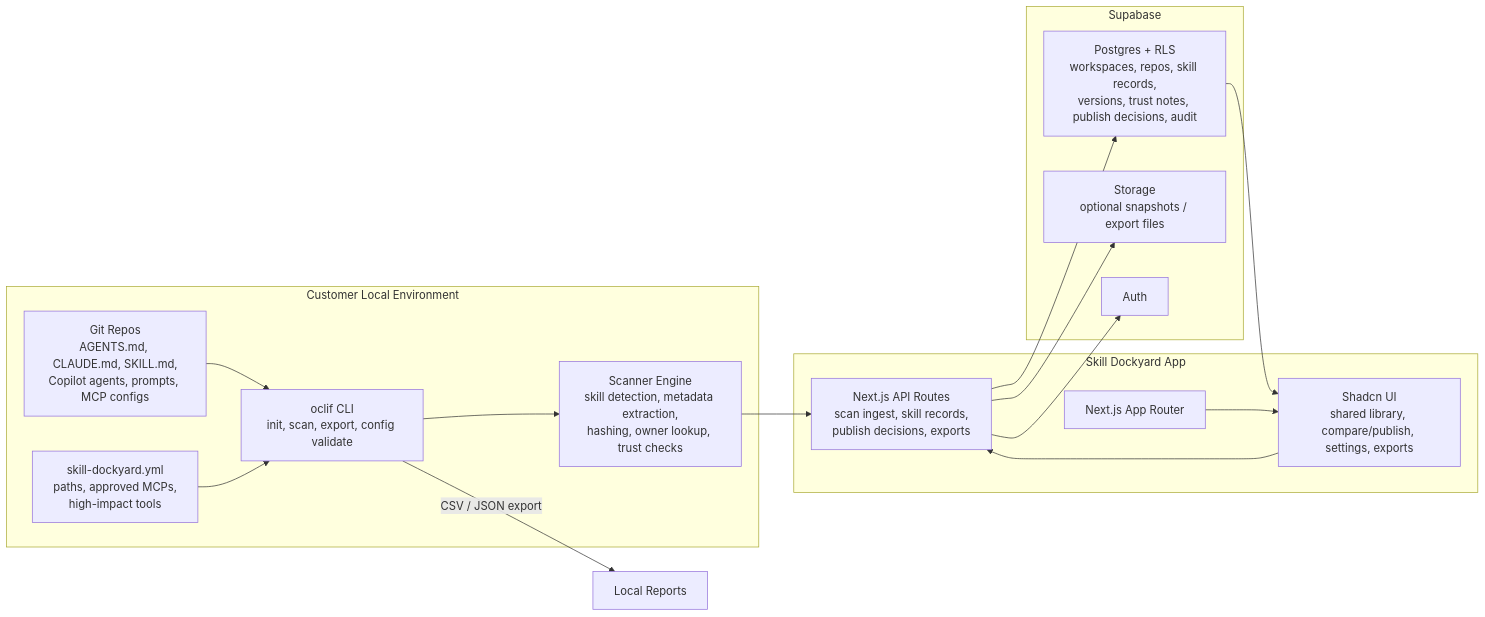
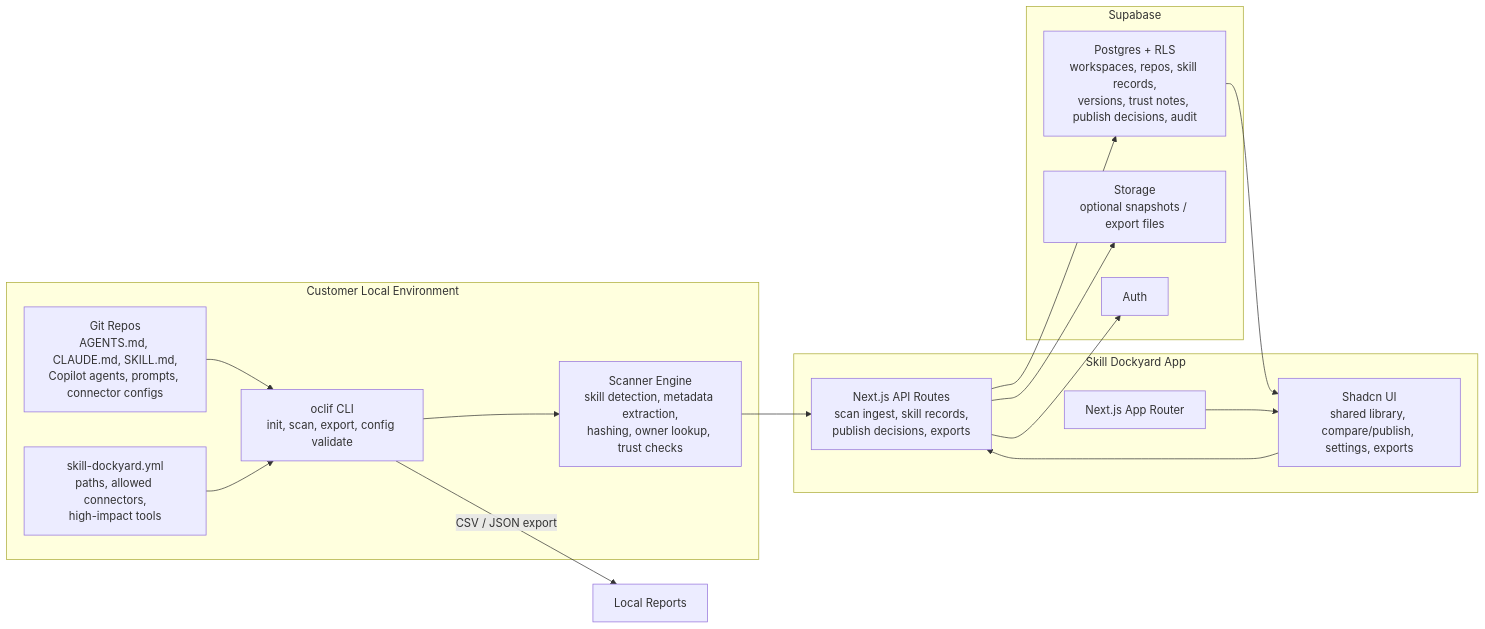
One commit to weber-stephen/SkillDockyard changed the diagram in README.md. Above: the diagram before and after it, drawn with Mermaid. The commit also changed other lines of this file and 120 other files, not shown here.

````diff
--- a/README.md
+++ b/README.md
@@ -163,33 +177,33 @@
 ```mermaid
 flowchart LR
   subgraph Local["Customer Local Environment"]
-    Repos["Git Repos<br/>AGENTS.md, CLAUDE.md, SKILL.md,<br/>Copilot agents, prompts, MCP configs"]
-    Config["skill-dockyard.yml<br/>paths, approved MCPs,<br/>high-impact tools"]
+    Repos["Git Repos<br/>AGENTS.md, CLAUDE.md, SKILL.md,<br/>Copilot agents, prompts, connector configs"]
+    Config["skill-dockyard.yml<br/>paths, allowed connectors,<br/>high-impact tools"]
     CLI["oclif CLI<br/>init, scan, export, config validate"]
     Scanner["Scanner Engine<br/>skill detection, metadata extraction,<br/>hashing, owner lookup, trust checks"]
   end
 
   subgraph App["Skill Dockyard App"]
     Next["Next.js App Router"]
     UI["Shadcn UI<br/>shared library, compare/publish, settings, exports"]
     API["Next.js API Routes<br/>scan ingest, skill records,<br/>publish decisions, exports"]
   end
 
   subgraph Supabase["Supabase"]
     Auth["Auth"]
     DB["Postgres + RLS<br/>workspaces, repos, skill records,<br/>versions, trust notes, publish decisions, audit"]
     Storage["Storage<br/>optional snapshots / export files"]
   end
 
   Repos --> CLI
   Config --> CLI
   CLI --> Scanner
   Scanner --> API
   API --> DB
   API --> Storage
   API --> Auth
   Next --> UI
   UI --> API
   CLI -->|"CSV / JSON export"| LocalExport["Local Reports"]
   DB --> UI
 ```
````
